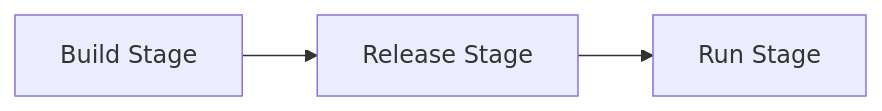
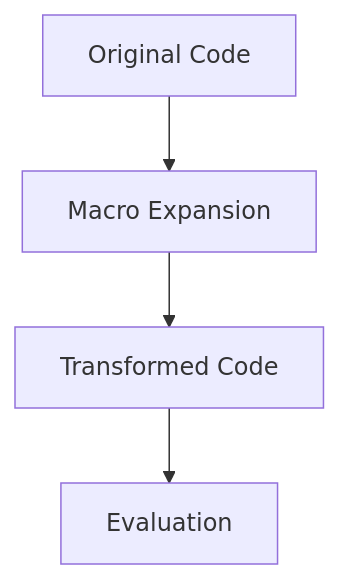
The diagram in content/patterns-clojure/19/1/index.md (MasteryEducation/SoftwarePatternsLexicon.com), drawn with Mermaid before and after one commit. The commit also changed other lines of this file and 462 other files, not shown here.

````diff
--- a/content/patterns-clojure/19/1/index.md
+++ b/content/patterns-clojure/19/1/index.md
@@ -90,5 +63,6 @@
 ```mermaid
-graph LR
-  A[Build Stage] --> B[Release Stage]
-  B --> C[Run Stage]
+graph TD;
+    A[Original Code] --> B[Macro Expansion];
+    B --> C[Transformed Code];
+    C --> D[Evaluation];
 ```
````
